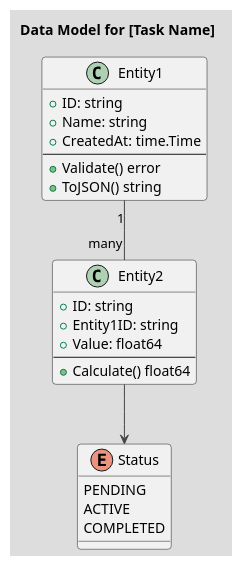
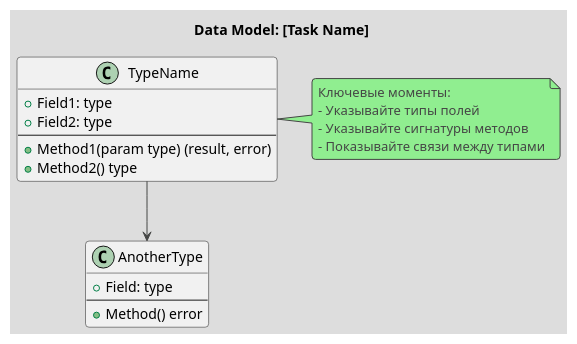
One commit to mshogin/archlint changed the fourth of 6 diagrams in templates/task-template.md. Above: the diagram before and after it, drawn with PlantUML. The commit also changed other lines of this file and 7 other files, not shown here.

````diff
--- a/templates/task-template.md
+++ b/templates/task-template.md
@@ -92,34 +119,31 @@
 ```plantuml
-@startuml task-xxx-classes
+@startuml task-xxxx-model
 !theme toy
 
-title Data Model for [Task Name]
+title Data Model: [Task Name]
 
-class Entity1 {
-  +ID: string
-  +Name: string
-  +CreatedAt: time.Time
+class TypeName {
+  +Field1: type
+  +Field2: type
   --
-  +Validate() error
-  +ToJSON() string
+  +Method1(param type) (result, error)
+  +Method2() type
 }
 
-class Entity2 {
-  +ID: string
-  +Entity1ID: string
-  +Value: float64
+class AnotherType {
+  +Field: type
   --
-  +Calculate() float64
+  +Method() error
 }
 
-enum Status {
-  PENDING
-  ACTIVE
-  COMPLETED
-}
+TypeName --> AnotherType
 
-Entity1 "1" -- "many" Entity2
-Entity2 --> Status
+note right of TypeName
+  Ключевые моменты:
+  - Указывайте типы полей
+  - Указывайте сигнатуры методов
+  - Показывайте связи между типами
+end note
 
 @enduml
 ```
````
